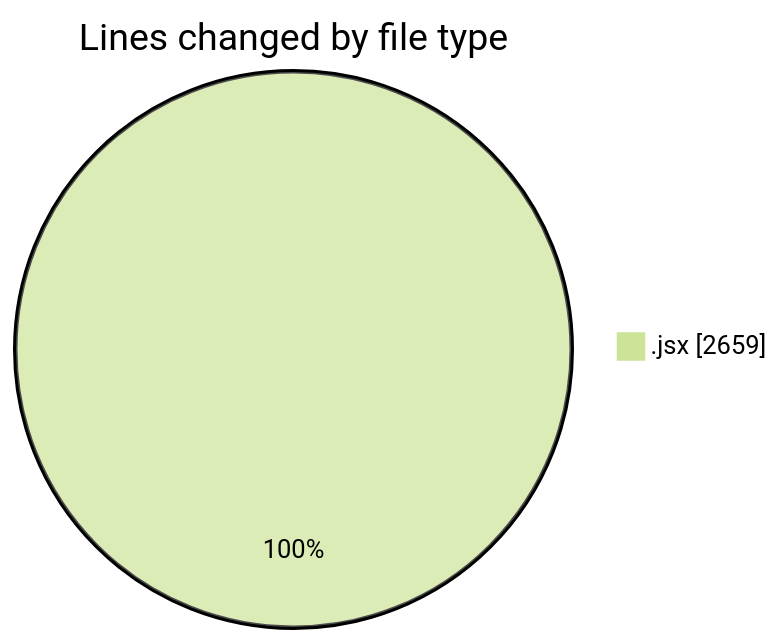
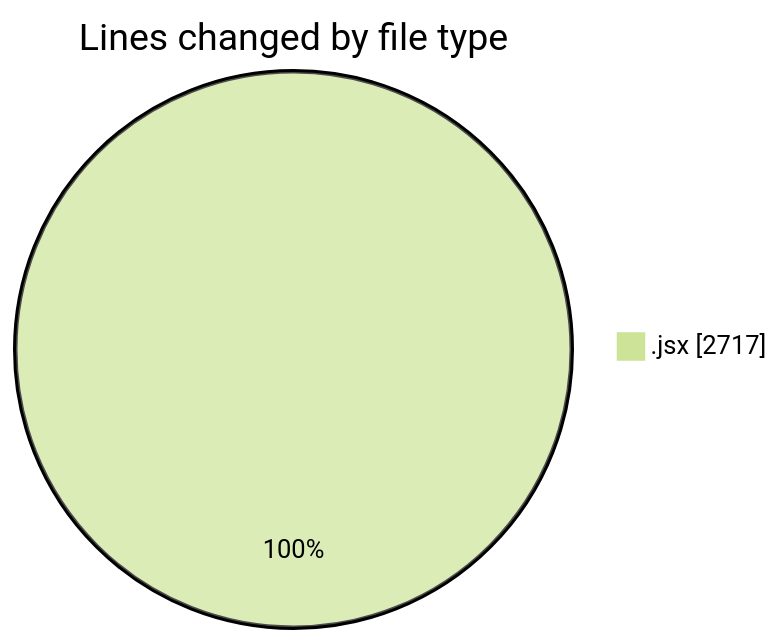
The first of 2 diagrams in 2025-05-27/nxtqube_webapp/README.md (nxtqubesakshisongat/code-tracking), drawn with Mermaid (forest theme) before and after one commit. The commit also changed other lines of this file and 1 other file, not shown here.

````diff
--- a/2025-05-27/nxtqube_webapp/README.md
+++ b/2025-05-27/nxtqube_webapp/README.md
@@ -22,5 +22,5 @@
 ```mermaid
 pie showData
 title Lines changed by file type
-".jsx" : 2659
+".jsx" : 2717
 ```
````
